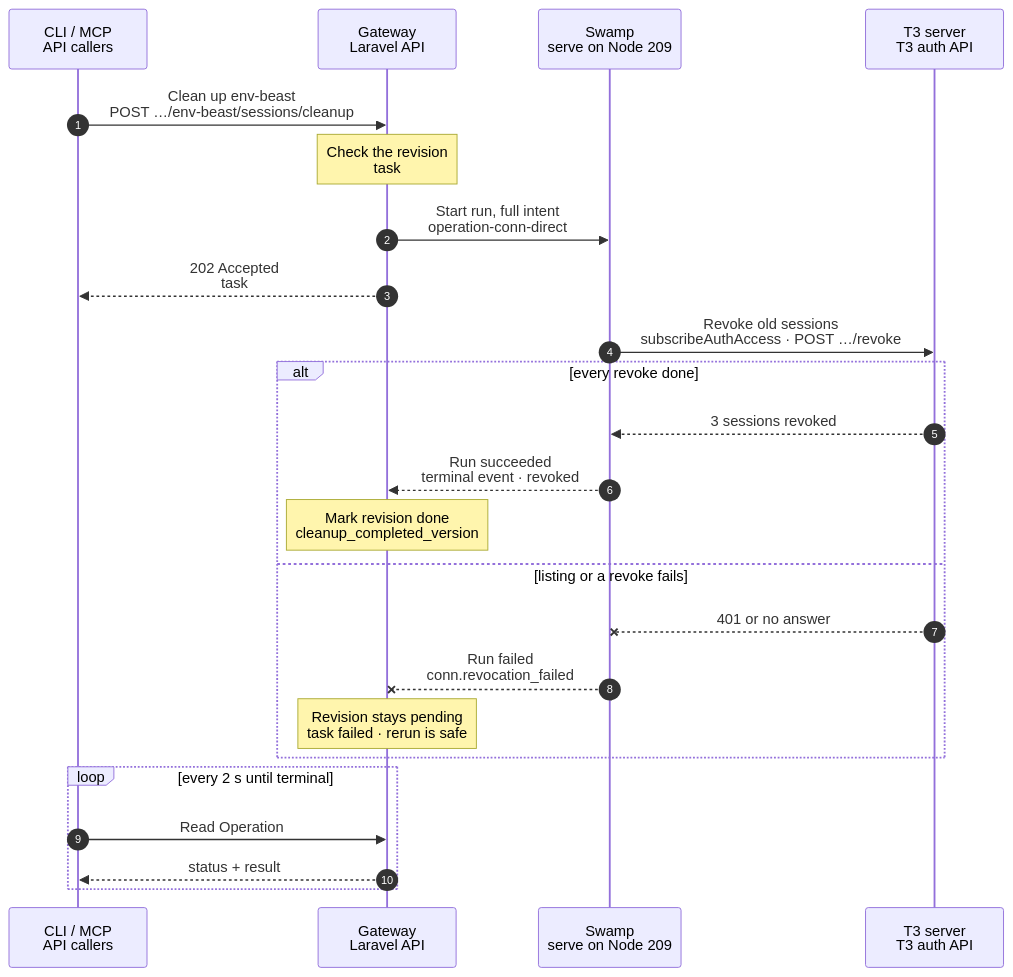
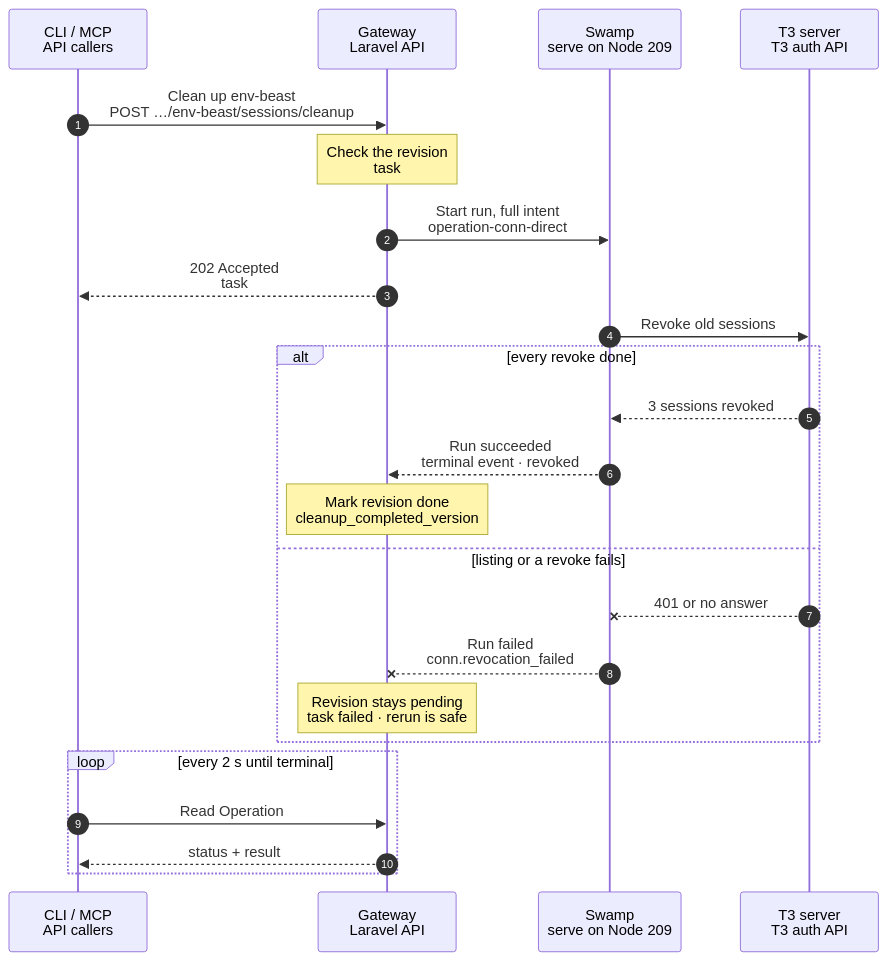
One commit to hardimpactdev/orbit changed the diagram in docs/cli/conn/gateway-sessions-revoke.mmd. Above: the diagram before and after it, drawn with Mermaid.

Commit message:
docs(conn): keep the revoke chart step label within the chart limit
check-flows refuses a step label over 26/34 characters; move the
subscribeAuthAccess and revoke call into the step's How note.

```diff
--- a/docs/cli/conn/gateway-sessions-revoke.mmd
+++ b/docs/cli/conn/gateway-sessions-revoke.mmd
@@ -1,90 +1,91 @@
 sequenceDiagram
   %% Target design: ADR 0244 task, DECISIONS R1 (an external API call is an effect, so it is a run), R2-R4. swamp/workflows/workflow-operation-conn-direct.yaml, docs/reference/conn.md#gateway-session-cleanup, conn.pairing_revoke chart.
   %% Tightened: flow-tighten 2026-11-02, rules 4, 14, 15, 16, 21 (no Gateway reads from the step, session to vault, one session list, no link step).
   %% status: migrated
   %% command: none · API (conn-environment-cleanup)
   %% kind: conn.gateway_sessions_revoke
   autonumber
   %% lane CLI icon=terminal pill=caller tone=gray
   %% lane GW icon=gateway pill=intent tone=blue
   %% lane SW icon=workflow pill=executes tone=green
   %% lane T3 icon=server pill=target tone=purple
   participant CLI as CLI / MCP<br/>API callers
   participant GW as Gateway<br/>Laravel API
   participant SW as Swamp<br/>serve on Node 209
   participant T3 as T3 server<br/>T3 auth API
   CLI->>GW: Clean up env-beast<br/>POST …/env-beast/sessions/cleanup
   %%> Command:
   %%> - `POST /api/v1/conn/environments/env-beast/sessions/cleanup`
   %%> - syntax: the MCP tool `conn-environment-cleanup` with `environment`
   %%> Who starts it:
   %%> - the Gateway itself, when a registration of env-beast commits a new cleanup revision; a start failure keeps registration successful and the revision pending
   %%> - an operator, to retry a revision that failed
   %%> Not included:
   %%> - there is no `orbit` command, and no per-minute Swamp check of pending revisions
   Note over GW: Check the revision<br/>task #5181 · session to vault
   %%> Requirements:
   %%> - the `conn` extension is on; the caller's Node has an access grant to the Gateway Node
   %%> - env-beast has a cleanup revision newer than the last completed one; otherwise the answer is 204 and no task starts
   %%> - no other cleanup runs for env-beast (`operation.target_busy`); the Gateway holds one lock per server
   %%> What it does:
   %%> - captures the T3 URL, the revision and the fixed client label `Orbit Gateway`
   %%> - pushes the current admin session to the Swamp vault as `conn-pairing-revoke-<uuid>` after commit (R3)
   %%> While it runs:
   %%> - a new registration of env-beast refuses while the environment is busy, then validates its candidate session outside the database transaction
   %%> Why a run:
   %%> - calling T3's API is an effect; the Gateway's only execution primitives are mint and sign
   GW->>SW: Start run, full intent<br/>operation-conn-direct
   %%> What it does:
   %%> - starts one Swamp run on serve (Node 209); no Node is a target
   %%> Inputs:
   %%> - the T3 server URL, the client label, the revision and the vault key name; never the session
   GW-->>CLI: 202 Accepted<br/>task #5181
   %%> What you get:
   %%> - the task number, at once
   %%> Next:
   %%> - the requester follows `GET /api/v1/conn/operations/5181`
-  SW->>T3: Revoke old sessions<br/>subscribeAuthAccess · POST …/revoke
+  SW->>T3: Revoke old sessions
   %%> How:
+  %%> - reads the sessions with subscribeAuthAccess, then POSTs …/revoke
   %%> - the typed Conn revocation child runs HTTPS from 209, with the admin session from `vault.get`
   %%> What it does:
   %%> - lists the client sessions on env-beast once, selects those labelled `Orbit Gateway` that are not the current session, and revokes each
   %%> - a session already gone counts as revoked
   %%> Refuses:
   %%> - a failed or invalid list stops the step before any revoke; it never counts as an empty list
   %%> Keeps:
   %%> - the Gateway's current admin session and every other label
   %%> Not included:
   %%> - no re-read of the Gateway or of the list before each revoke; the lock on env-beast keeps the session fixed
   alt every revoke done
     T3-->>SW: 3 sessions revoked
     %%> Returns:
     %%> - each revoke answered; the step outputs the count
     SW-->>GW: Run succeeded<br/>terminal event · revoked
     %%> How the Gateway learns it:
     %%> - its shared run reader sees the terminal event and reads the count from the step; Swamp never calls the Gateway
     Note over GW: Mark revision done<br/>cleanup_completed_version
     %%> Result:
     %%> - env-beast's cleanup revision is marked completed
     %%> - task #5181 succeeds; the Gateway's own session on env-beast keeps working
   else listing or a revoke fails
     T3--xSW: 401 or no answer
     %%> When:
     %%> - T3 refuses the admin session, cannot be reached, or answers with invalid data
     SW--xGW: Run failed<br/>conn.revocation_failed
     %%> The Gateway reads:
     %%> - which step failed and its safe `conn.*` error code
     Note over GW: Revision stays pending<br/>task failed · rerun is safe
     %%> Result:
     %%> - the revision stays pending; no automatic task follows; task #5181 fails
     %%> Retry:
     %%> - safe: call cleanup again, or register again; it lists the sessions again and skips those already gone
   end
   loop every 2 s until terminal
     CLI->>GW: Read Operation #5181<br/>GET conn/operations/5181
     %%> What it does:
     %%> - asks for the requester's task status every 2 seconds until it has ended
     GW-->>CLI: status + result
     %%> Returns:
     %%> - the current status, and the number of revoked sessions once the task has ended
   end
```
